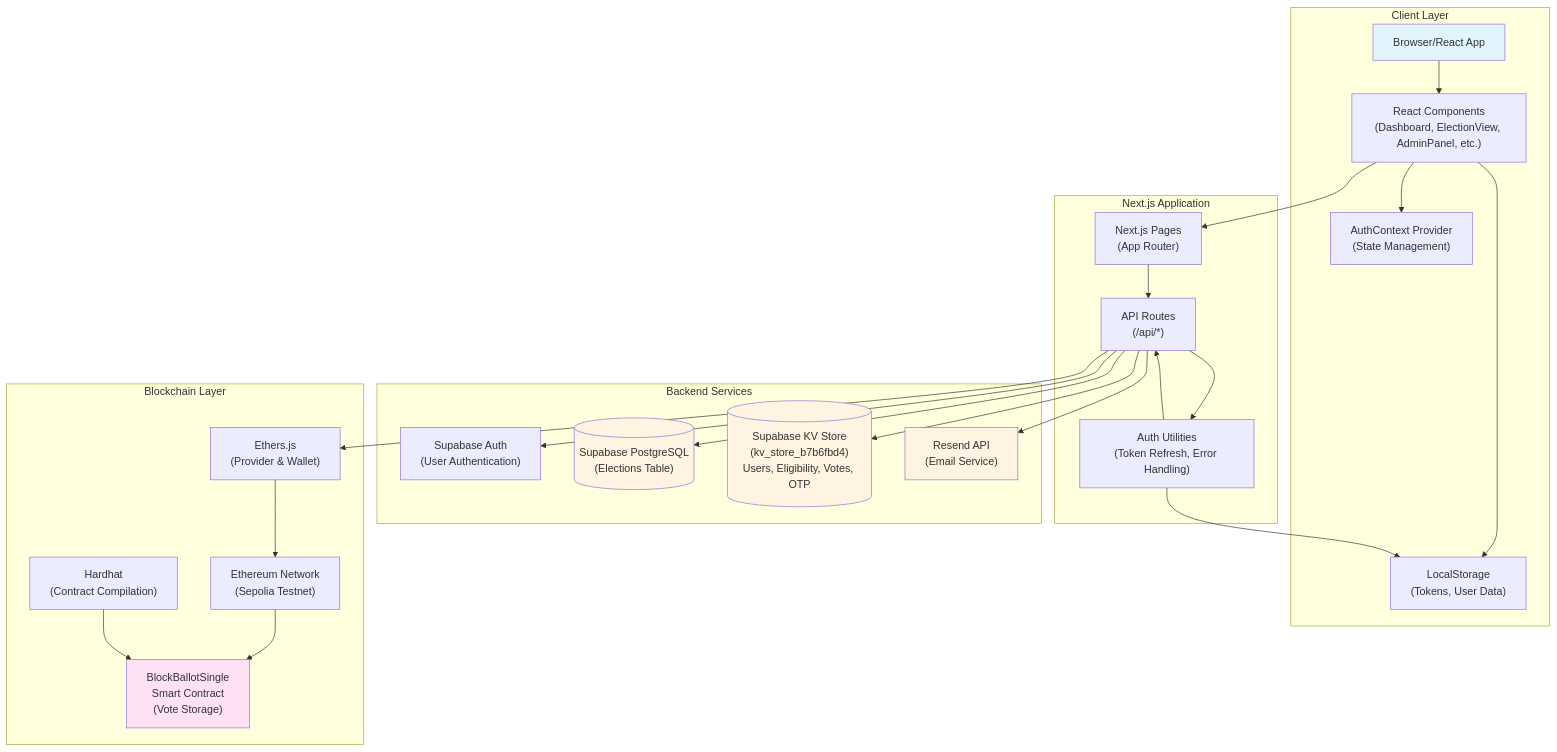
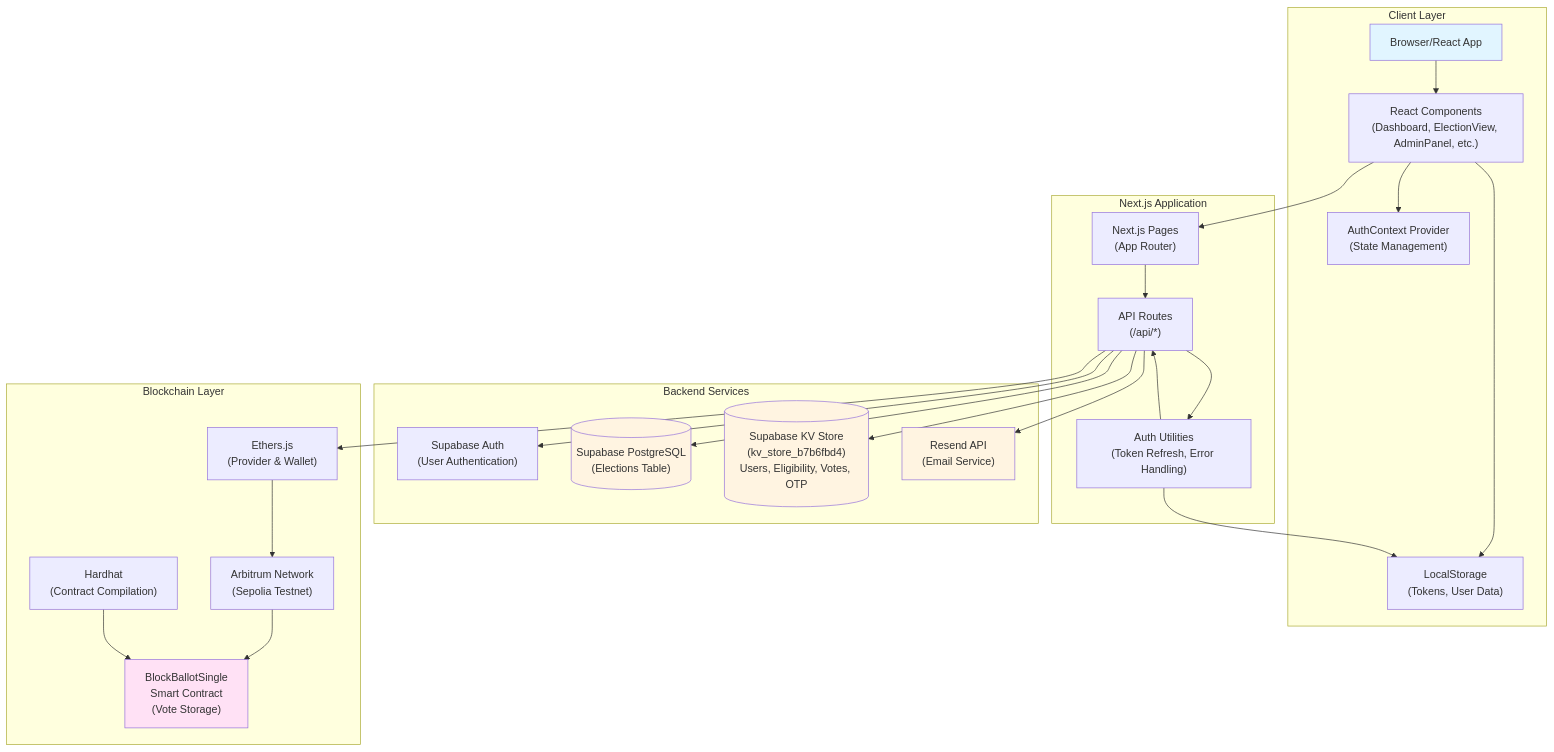
Before and after one commit to RajdeepSah/BlockBallot: the diagram in diagrams/system-architecture.mmd, drawn with Mermaid. The commit also changed other lines of this file and 10 other files, not shown here.

Commit message:
chore: update diagrams and config

```diff
--- a/diagrams/system-architecture.mmd
+++ b/diagrams/system-architecture.mmd
@@ -1,50 +1,50 @@
 graph TB
     subgraph Client["Client Layer"]
         Browser["Browser/React App"]
         Components["React Components<br/>(Dashboard, ElectionView, AdminPanel, etc.)"]
         AuthContext["AuthContext Provider<br/>(State Management)"]
         LocalStorage["LocalStorage<br/>(Tokens, User Data)"]
     end
     
     subgraph NextJS["Next.js Application"]
         Pages["Next.js Pages<br/>(App Router)"]
         APIRoutes["API Routes<br/>(/api/*)"]
         AuthUtils["Auth Utilities<br/>(Token Refresh, Error Handling)"]
     end
     
     subgraph Backend["Backend Services"]
         SupabaseAuth["Supabase Auth<br/>(User Authentication)"]
         SupabaseDB[("Supabase PostgreSQL<br/>(Elections Table)")]
         SupabaseKV[("Supabase KV Store<br/>(kv_store_b7b6fbd4)<br/>Users, Eligibility, Votes, OTP")]
         ResendAPI["Resend API<br/>(Email Service)"]
     end
     
     subgraph Blockchain["Blockchain Layer"]
-        Ethereum["Ethereum Network<br/>(Sepolia Testnet)"]
+        Arbitrum["Arbitrum Network<br/>(Sepolia Testnet)"]
         SmartContract["BlockBallotSingle<br/>Smart Contract<br/>(Vote Storage)"]
         Ethers["Ethers.js<br/>(Provider & Wallet)"]
         Hardhat["Hardhat<br/>(Contract Compilation)"]
     end
     
     Browser --> Components
     Components --> AuthContext
     Components --> LocalStorage
     Components --> Pages
     Pages --> APIRoutes
     APIRoutes --> AuthUtils
     APIRoutes --> SupabaseAuth
     APIRoutes --> SupabaseDB
     APIRoutes --> SupabaseKV
     APIRoutes --> ResendAPI
     APIRoutes --> Ethers
-    Ethers --> Ethereum
-    Ethereum --> SmartContract
+    Ethers --> Arbitrum
+    Arbitrum --> SmartContract
     Hardhat --> SmartContract
     AuthUtils --> LocalStorage
     AuthUtils --> APIRoutes
     
     style Browser fill:#e1f5ff
     style SmartContract fill:#ffe1f5
     style SupabaseDB fill:#fff4e1
     style SupabaseKV fill:#fff4e1
     style ResendAPI fill:#fff4e1
```
